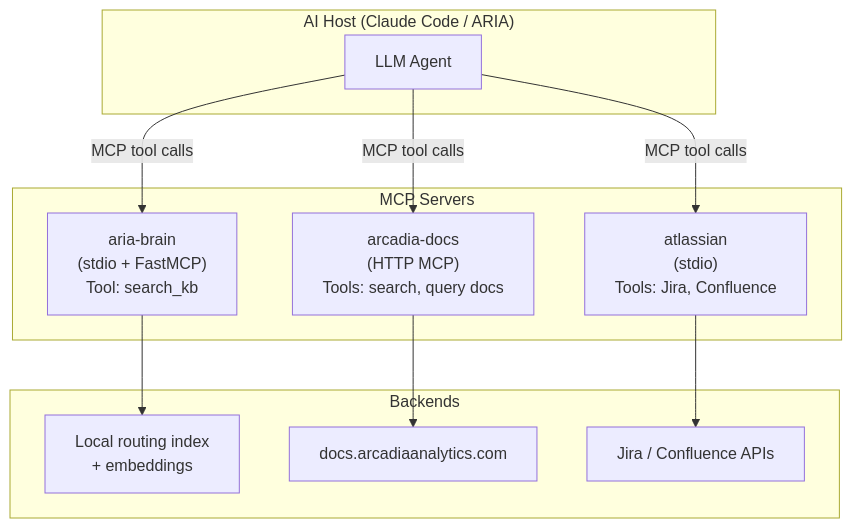
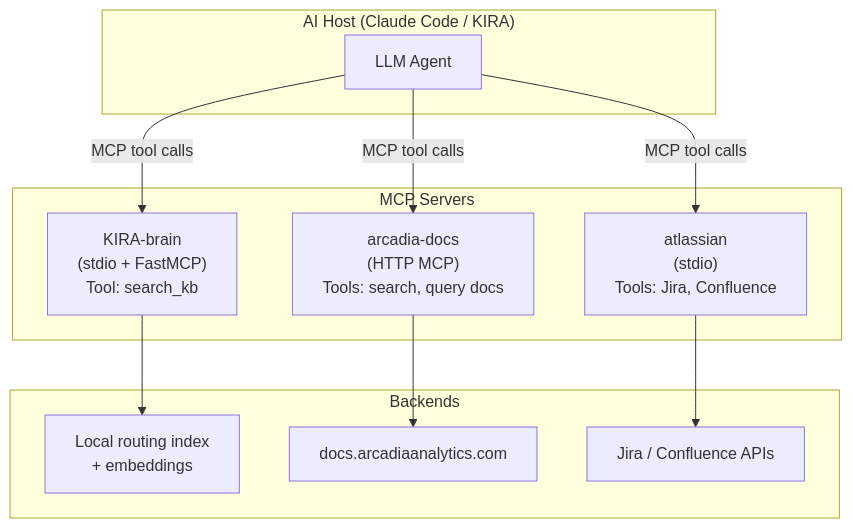
The ninth of 32 diagrams in interview/QnA.md (dnyanesh-k/notes), drawn with Mermaid before and after one commit. The commit also changed other lines of this file and 17 other files, not shown here.

````diff
--- a/interview/QnA.md
+++ b/interview/QnA.md
@@ -475,25 +987,25 @@
 ```mermaid
 flowchart TB
-    subgraph host ["AI Host (Claude Code / ARIA)"]
+    subgraph host ["AI Host (Claude Code / KIRA)"]
         A["LLM Agent"]
     end
 
     subgraph mcp_servers ["MCP Servers"]
-        B["aria-brain\n(stdio + FastMCP)\nTool: search_kb"]
+        B["KIRA-brain\n(stdio + FastMCP)\nTool: search_kb"]
         C["arcadia-docs\n(HTTP MCP)\nTools: search, query docs"]
         D["atlassian\n(stdio)\nTools: Jira, Confluence"]
     end
 
     subgraph backend ["Backends"]
         E["Local routing index\n+ embeddings"]
         F["docs.arcadiaanalytics.com"]
         G["Jira / Confluence APIs"]
     end
 
     A -->|"MCP tool calls"| B
     A -->|"MCP tool calls"| C
     A -->|"MCP tool calls"| D
     B --> E
     C --> F
     D --> G
 ```
````
